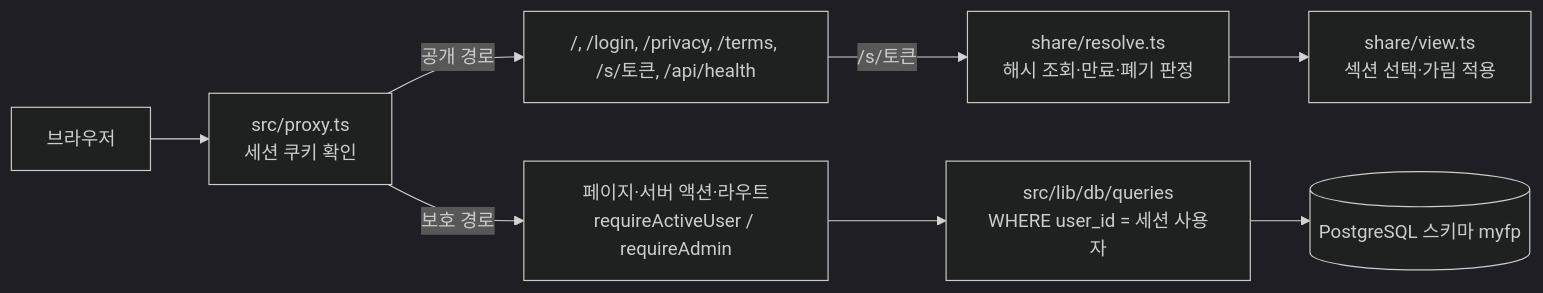
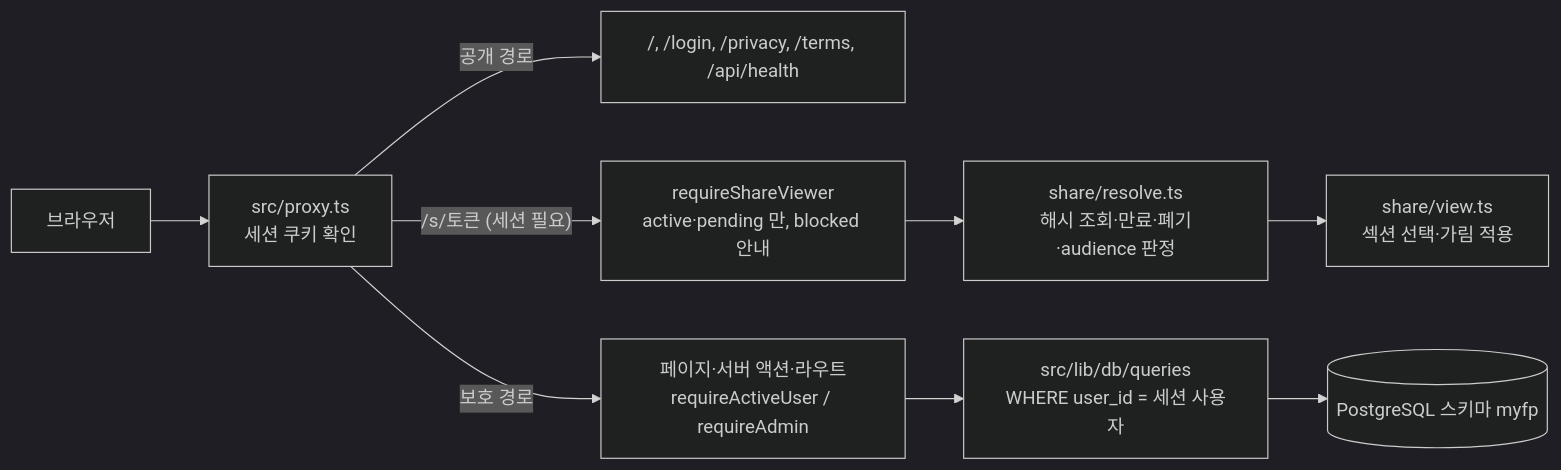
The diagram in docs/ARCHITECTURE.md (ez2sarang/myfp), drawn with Mermaid (dark theme) before and after one commit. The commit also changed other lines of this file and 21 other files, not shown here.

````diff
--- a/docs/ARCHITECTURE.md
+++ b/docs/ARCHITECTURE.md
@@ -5,10 +5,11 @@
 ```mermaid
 flowchart LR
   B[브라우저] --> P[src/proxy.ts<br/>세션 쿠키 확인]
-  P -->|공개 경로| PUB["/, /login, /privacy, /terms, /s/토큰, /api/health"]
+  P -->|공개 경로| PUB["/, /login, /privacy, /terms, /api/health"]
+  P -->|"/s/토큰 (세션 필요)"| SV[requireShareViewer<br/>active·pending 만, blocked 안내]
   P -->|보호 경로| G[페이지·서버 액션·라우트<br/>requireActiveUser / requireAdmin]
   G --> Q[src/lib/db/queries<br/>WHERE user_id = 세션 사용자]
   Q --> DB[(PostgreSQL 스키마 myfp)]
-  PUB -->|/s/토큰| R[share/resolve.ts<br/>해시 조회·만료·폐기 판정]
+  SV --> R[share/resolve.ts<br/>해시 조회·만료·폐기·audience 판정]
   R --> V[share/view.ts<br/>섹션 선택·가림 적용]
 ```
````
